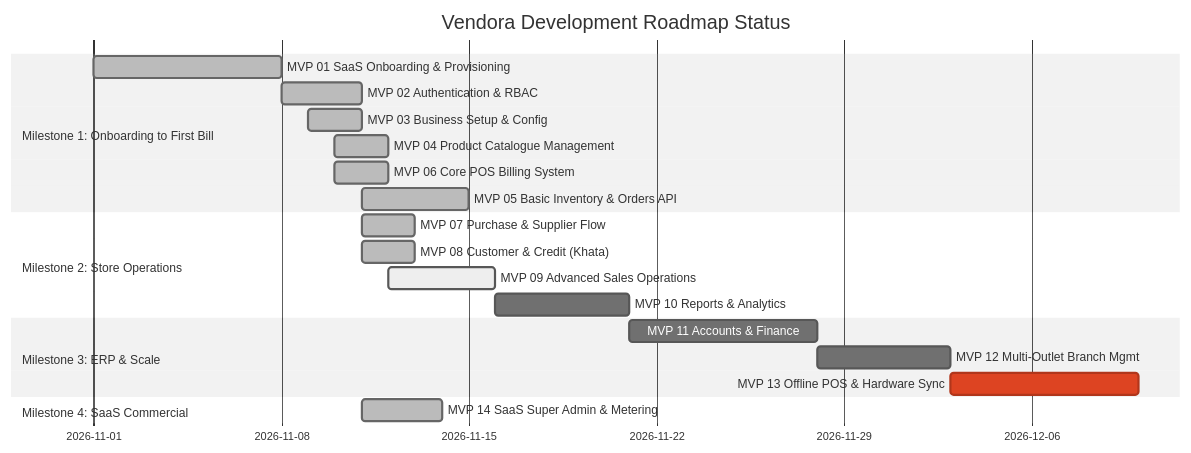
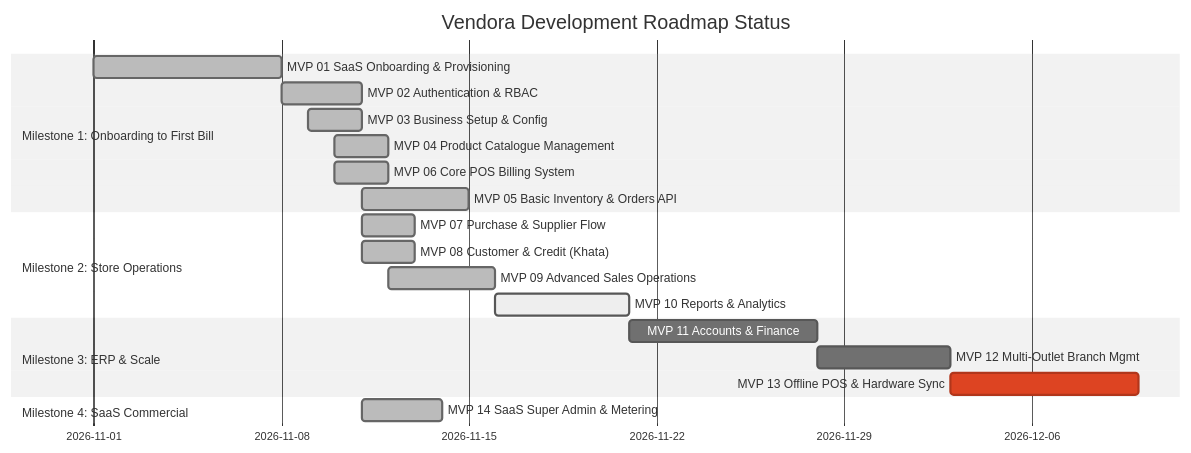
Before and after one commit to Pandi2352/vendora-Vend-Aura-: the diagram in docs/ROADMAP.md, drawn with Mermaid (neutral theme). The commit also changed other lines of this file and 71 other files, not shown here.

````diff
--- a/docs/ROADMAP.md
+++ b/docs/ROADMAP.md
@@ -318,23 +345,23 @@
 ```mermaid
 gantt
     title Vendora Development Roadmap Status
     dateFormat  YYYY-MM-DD
     section Milestone 1: Onboarding to First Bill
     MVP 01 SaaS Onboarding & Provisioning   :done,    m1_1, 2026-11-01, 7d
     MVP 02 Authentication & RBAC            :done,    m1_2, 2026-11-08, 3d
     MVP 03 Business Setup & Config         :done,    m1_3, 2026-11-09, 2d
     MVP 04 Product Catalogue Management     :done,    m1_4, 2026-11-10, 2d
     MVP 06 Core POS Billing System          :done,    m1_6, 2026-11-10, 2d
     MVP 05 Basic Inventory & Orders API    :done,    m1_5, 2026-11-11, 4d
     section Milestone 2: Store Operations
     MVP 07 Purchase & Supplier Flow        :done,    m2_1, 2026-11-11, 2d
     MVP 08 Customer & Credit (Khata)       :done,    m2_2, 2026-11-11, 2d
-    MVP 09 Advanced Sales Operations       :active,  m2_3, 2026-11-12, 4d
-    MVP 10 Reports & Analytics             :         m2_4, after m2_3, 5d
+    MVP 09 Advanced Sales Operations       :done,    m2_3, 2026-11-12, 4d
+    MVP 10 Reports & Analytics             :active,  m2_4, after m2_3, 5d
     section Milestone 3: ERP & Scale
     MVP 11 Accounts & Finance              :         m3_1, after m2_4, 7d
     MVP 12 Multi-Outlet Branch Mgmt        :         m3_2, after m3_1, 5d
     MVP 13 Offline POS & Hardware Sync     :crit,    m3_3, after m3_2, 7d
     section Milestone 4: SaaS Commercial
     MVP 14 SaaS Super Admin & Metering     :done,    m4_1, 2026-11-11, 3d
 ```
````
